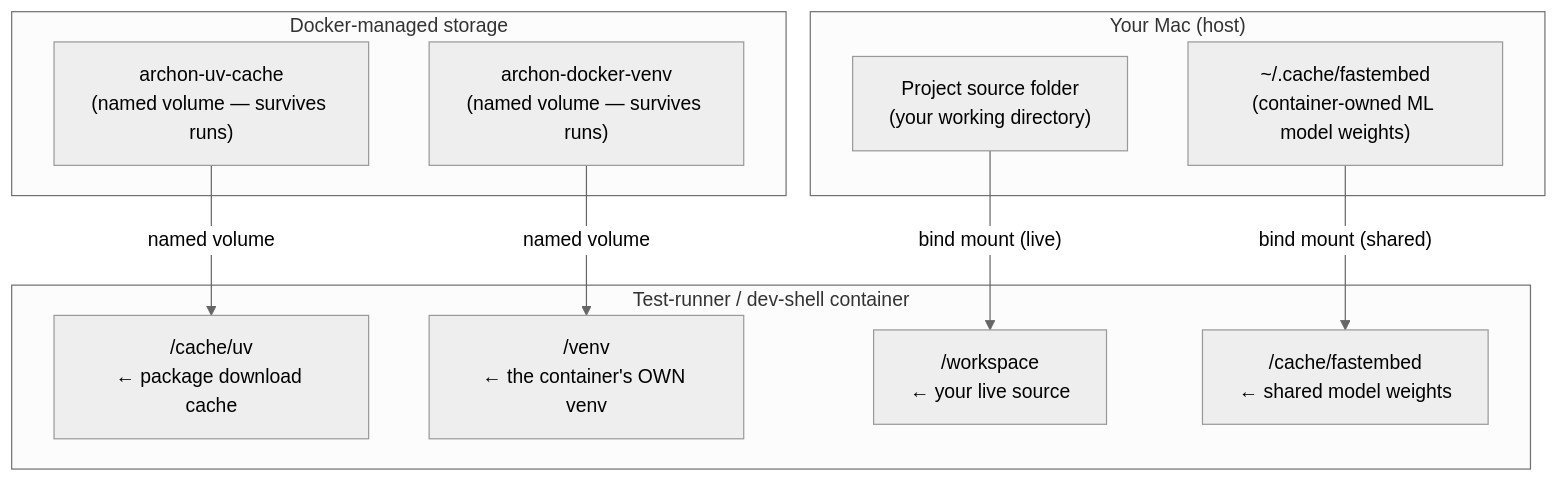
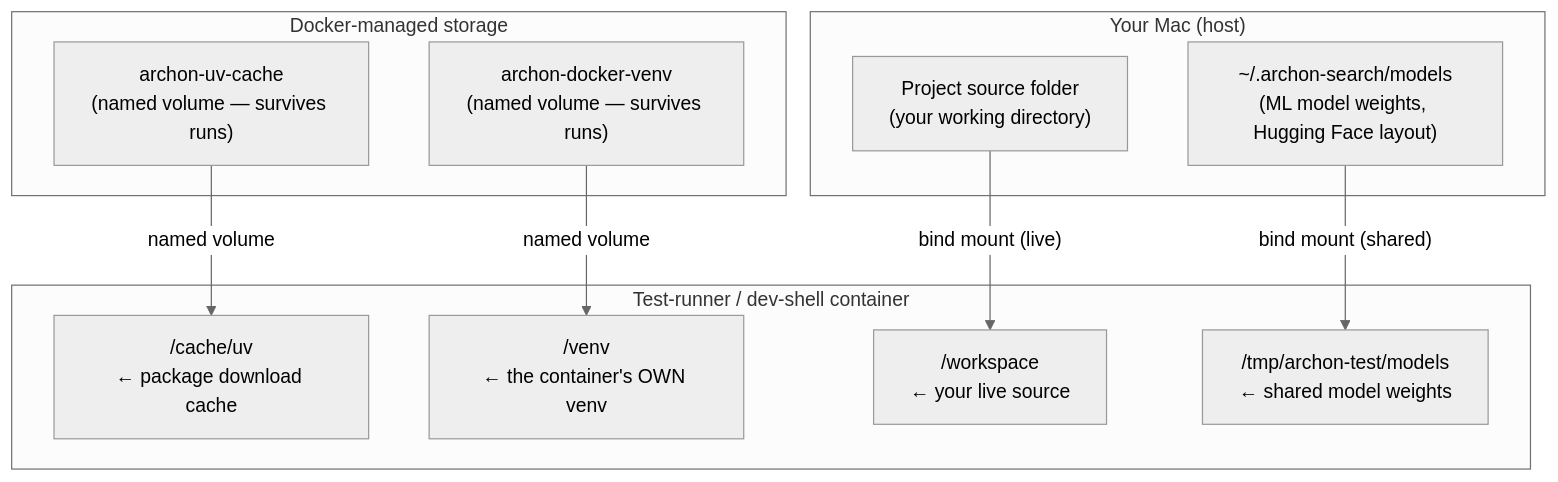
The first of 3 diagrams in Documentation/docker-test-runner.md (user538295/archon-search), drawn with Mermaid (neutral theme) before and after one commit. The commit also changed other lines of this file and 240 other files, not shown here.

````diff
--- a/Documentation/docker-test-runner.md
+++ b/Documentation/docker-test-runner.md
@@ -157,21 +153,21 @@
 ```mermaid
 flowchart TB
     subgraph mac["Your Mac (host)"]
         SRC["Project source folder<br/>(your working directory)"]
-        FE["~/.cache/fastembed<br/>(container-owned ML model weights)"]
+        FE["~/.archon-search/models<br/>(ML model weights, Hugging Face layout)"]
     end
     subgraph docker["Docker-managed storage"]
         UVCACHE["archon-uv-cache<br/>(named volume — survives runs)"]
         VENVVOL["archon-docker-venv<br/>(named volume — survives runs)"]
     end
     subgraph container["Test-runner / dev-shell container"]
         WS["/workspace<br/>← your live source"]
         VENV["/venv<br/>← the container's OWN venv"]
         UVC["/cache/uv<br/>← package download cache"]
-        FEC["/cache/fastembed<br/>← shared model weights"]
+        FEC["/tmp/archon-test/models<br/>← shared model weights"]
     end
     SRC -->|"bind mount (live)"| WS
     FE -->|"bind mount (shared)"| FEC
     UVCACHE -->|"named volume"| UVC
     VENVVOL -->|"named volume"| VENV
 ```
````
